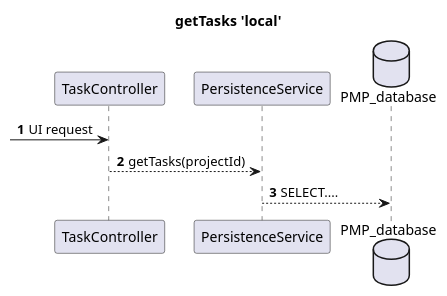
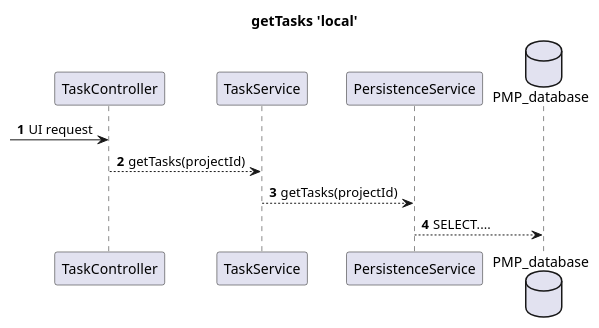
One commit to DCReceveur/pre-afstudeer-docs changed the first of 7 diagrams in Documentatie/Technisch/ADRs/ADR001-Communicatie_met_de_Productive_API.md. Above: the diagram before and after it, drawn with PlantUML. The commit also changed other lines of this file and 2 other files, not shown here.

Commit message:
productive sync documentatie bijgewerkt

````diff
--- a/Documentatie/Technisch/ADRs/ADR001-Communicatie_met_de_Productive_API.md
+++ b/Documentatie/Technisch/ADRs/ADR001-Communicatie_met_de_Productive_API.md
@@ -15,14 +19,14 @@
-```puml
+```plantuml
 title getTasks 'local'
 autonumber
 participant TaskController as task
+participant TaskService as task_serv
 participant PersistenceService as pers_serv
-' participant ProductiveService as prod_serv
 database PMP_database as pmp_db
-' database Productive_API as prod_api
 
 ?-> task : UI request
-task --> pers_serv : getTasks(projectId)
+task --> task_serv : getTasks(projectId)
+task_serv --> pers_serv : getTasks(projectId)
 pers_serv --> pmp_db : SELECT....
 
 ```
````
